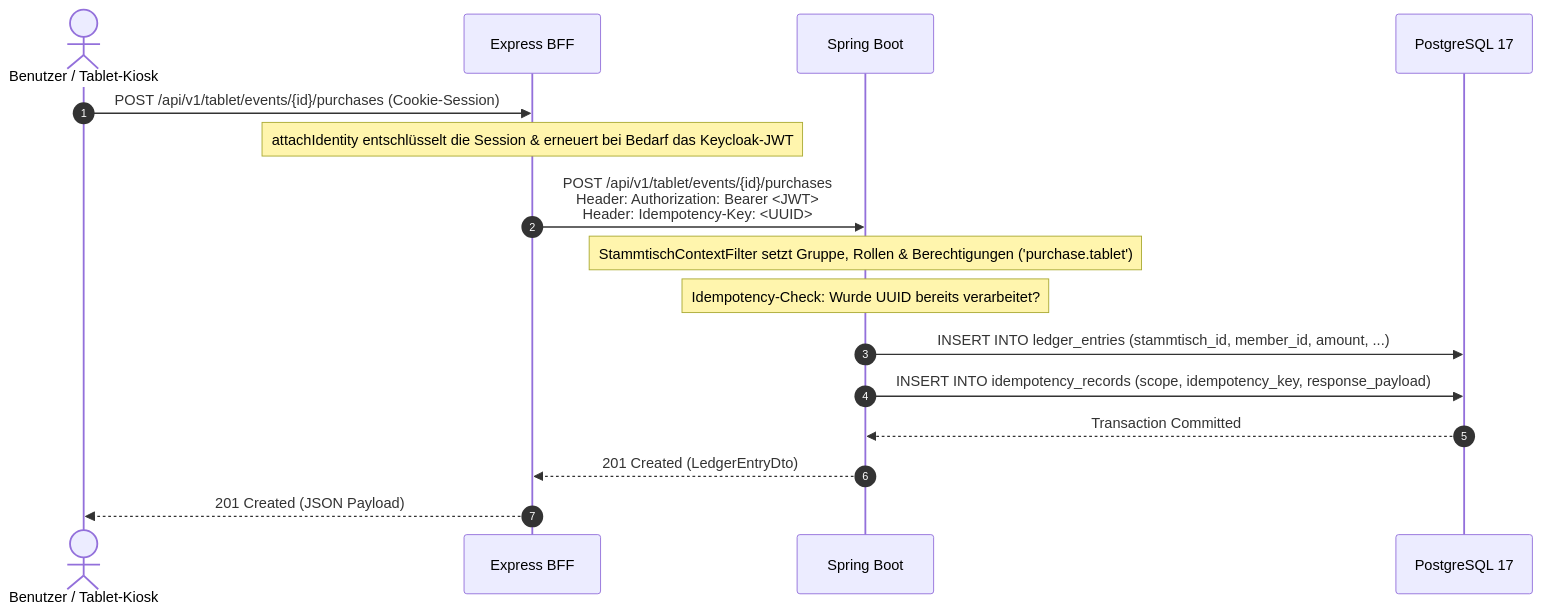
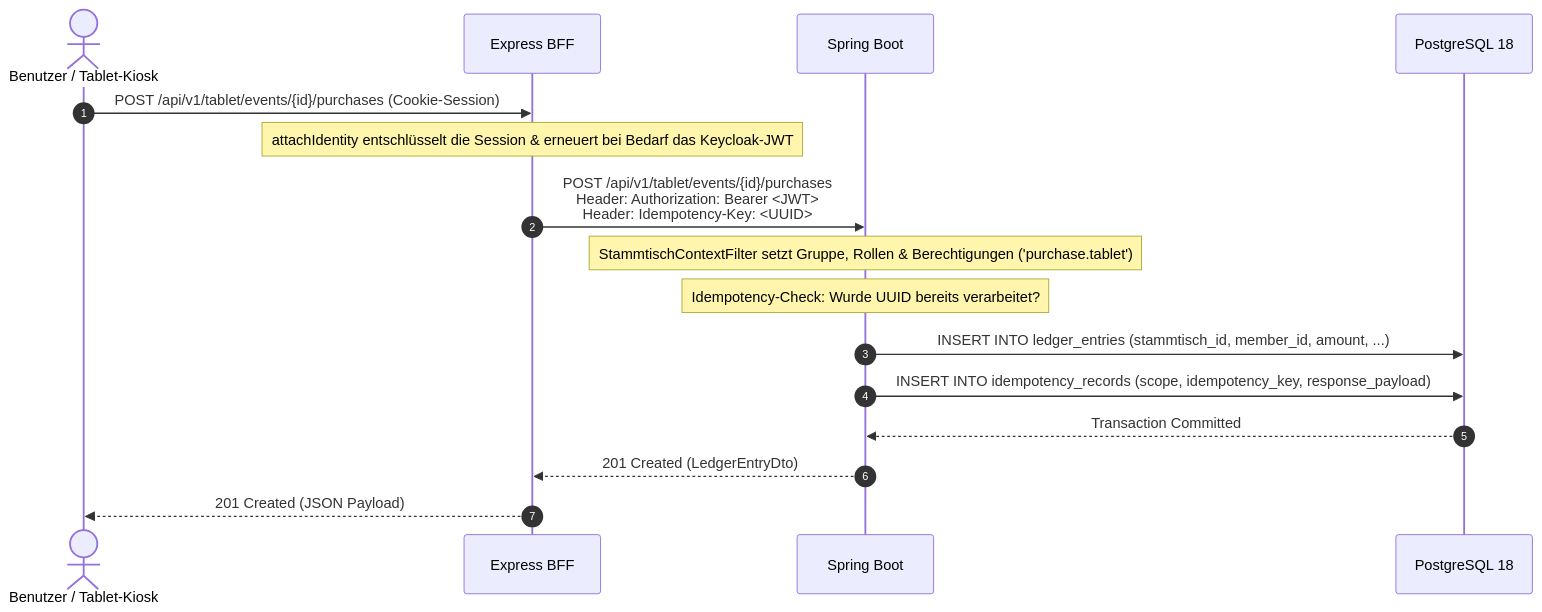
Before and after one commit to damaurer/vereint: the second of 2 diagrams in docs/architecture/system-overview.md, drawn with Mermaid. The commit also changed other lines of this file and 9 other files, not shown here.

````diff
--- a/docs/architecture/system-overview.md
+++ b/docs/architecture/system-overview.md
@@ -100,19 +100,19 @@
 ```mermaid
 sequenceDiagram
     autonumber
     actor User as Benutzer / Tablet-Kiosk
     participant BFF as Express BFF
     participant Spring as Spring Boot
-    participant DB as PostgreSQL 17
+    participant DB as PostgreSQL 18
 
     User->>BFF: POST /api/v1/tablet/events/{id}/purchases (Cookie-Session)
     Note over BFF: attachIdentity entschlüsselt die Session & erneuert bei Bedarf das Keycloak-JWT
     BFF->>Spring: POST /api/v1/tablet/events/{id}/purchases<br/>Header: Authorization: Bearer <JWT><br/>Header: Idempotency-Key: <UUID>
     Note over Spring: StammtischContextFilter setzt Gruppe, Rollen & Berechtigungen ('purchase.tablet')
     Note over Spring: Idempotency-Check: Wurde UUID bereits verarbeitet?
     Spring->>DB: INSERT INTO ledger_entries (stammtisch_id, member_id, amount, ...)
     Spring->>DB: INSERT INTO idempotency_records (scope, idempotency_key, response_payload)
     DB-->>Spring: Transaction Committed
     Spring-->>BFF: 201 Created (LedgerEntryDto)
     BFF-->>User: 201 Created (JSON Payload)
 ```
````
